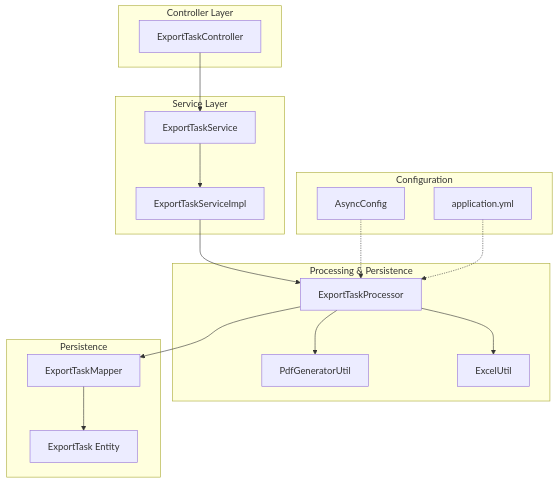
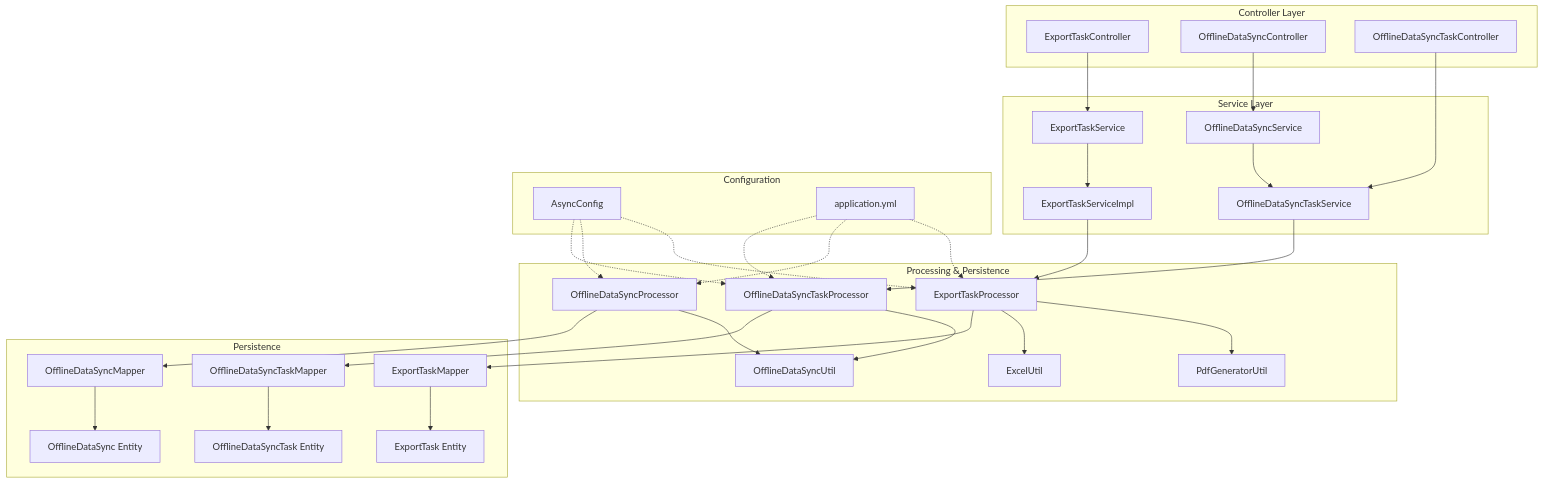
One commit to bo961386926/Survey-App changed the first of 10 diagrams in .qoder/repowiki/en/content/Export & Reporting/Export & Reporting.md. Above: the diagram before and after it, drawn with Mermaid. The commit also changed other lines of this file and 25 other files, not shown here.

````diff
--- a/.qoder/repowiki/en/content/Export & Reporting/Export & Reporting.md
+++ b/.qoder/repowiki/en/content/Export & Reporting/Export & Reporting.md
@@ -43,32 +66,57 @@
 ```mermaid
 graph TB
 subgraph "Controller Layer"
 C1["ExportTaskController"]
+C2["OfflineDataSyncController"]
+C3["OfflineDataSyncTaskController"]
 end
 subgraph "Service Layer"
 S1["ExportTaskService"]
 S2["ExportTaskServiceImpl"]
+S3["OfflineDataSyncService"]
+S4["OfflineDataSyncTaskService"]
 end
 subgraph "Processing & Persistence"
 P1["ExportTaskProcessor"]
+P2["OfflineDataSyncProcessor"]
+P3["OfflineDataSyncTaskProcessor"]
 U1["PdfGeneratorUtil"]
 U2["ExcelUtil"]
+U3["OfflineDataSyncUtil"]
 end
 subgraph "Persistence"
 M1["ExportTaskMapper"]
+M2["OfflineDataSyncMapper"]
+M3["OfflineDataSyncTaskMapper"]
 E1["ExportTask Entity"]
+E2["OfflineDataSync Entity"]
+E3["OfflineDataSyncTask Entity"]
 end
 subgraph "Configuration"
 CFG["AsyncConfig"]
 APP["application.yml"]
 end
 C1 --> S1
+C2 --> S3
+C3 --> S4
 S1 --> S2
+S3 --> S4
 S2 --> P1
+S4 --> P3
 P1 --> U1
 P1 --> U2
+P2 --> U3
+P3 --> U3
 P1 --> M1
+P2 --> M2
+P3 --> M3
 M1 --> E1
+M2 --> E2
+M3 --> E3
 CFG -.-> P1
+CFG -.-> P2
+CFG -.-> P3
 APP -.-> P1
+APP -.-> P2
+APP -.-> P3
 ```
````
